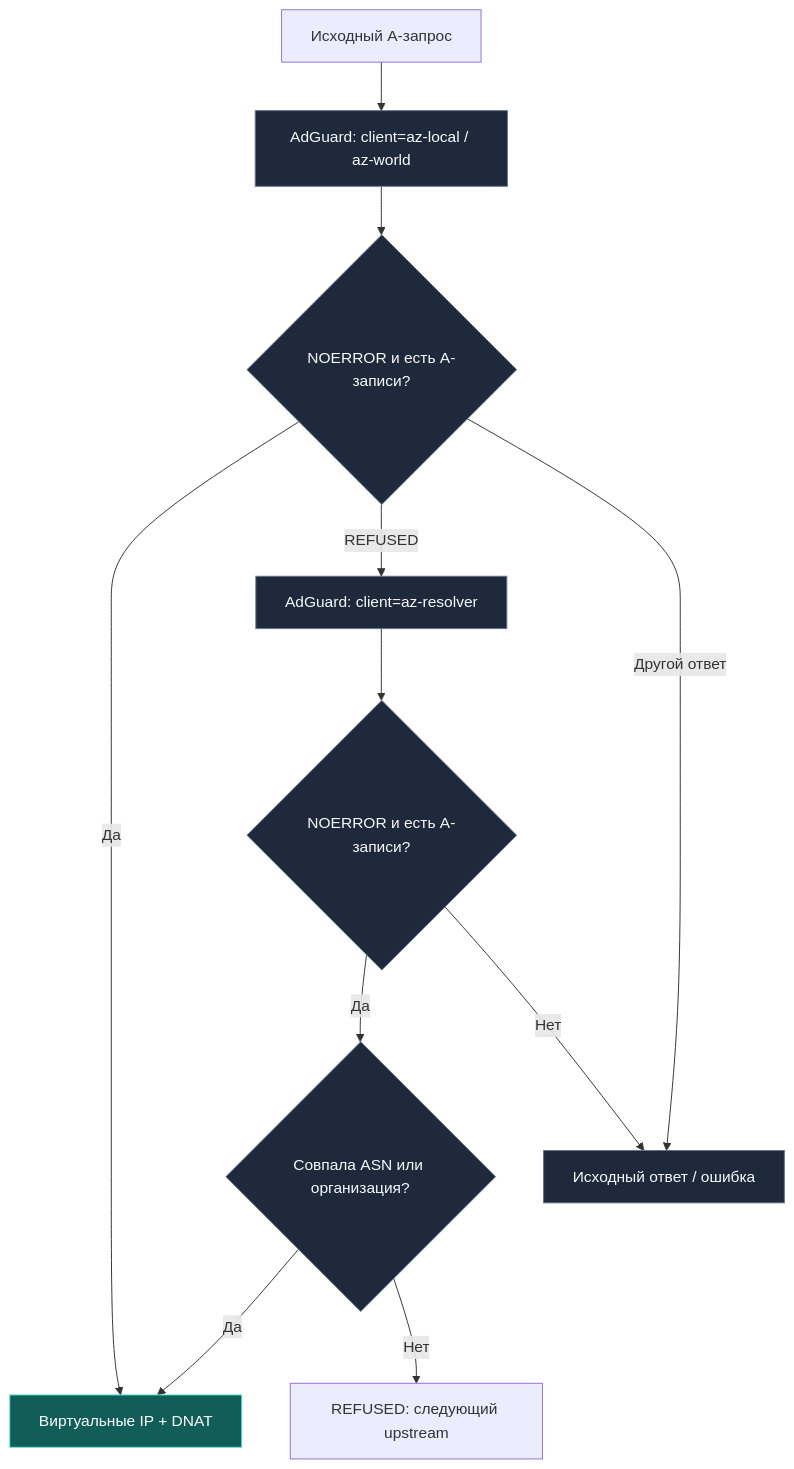
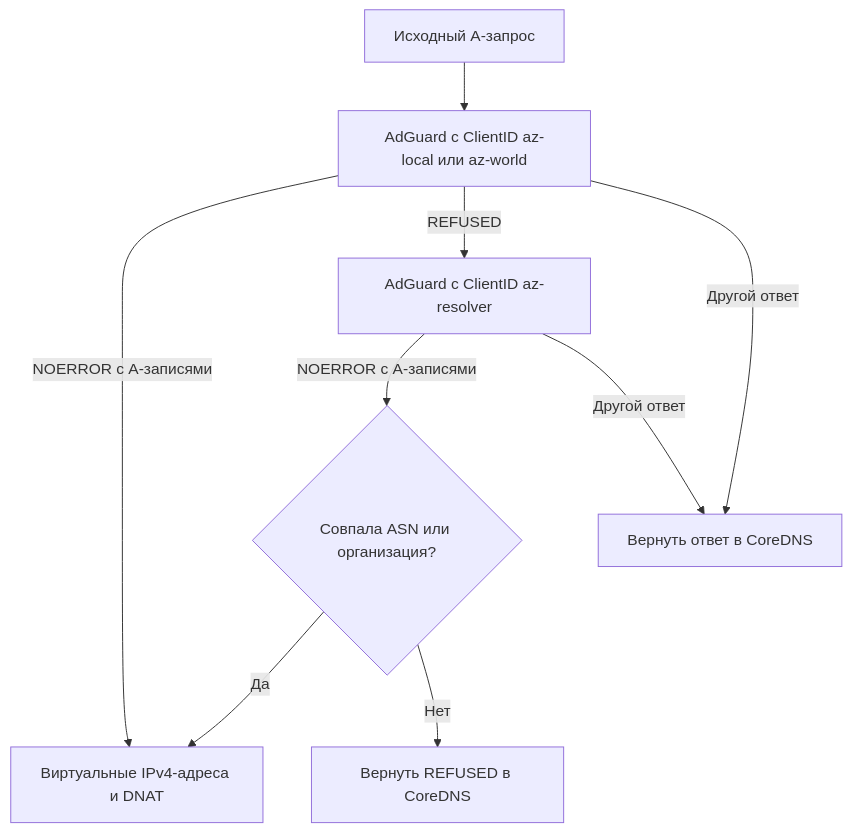
Before and after one commit to xtrime-ru/antizapret-vpn-docker: the third of 3 diagrams in README_RU.md, drawn with Mermaid. The commit also changed other lines of this file and 1 other file, not shown here.

````diff
--- a/README_RU.md
+++ b/README_RU.md
@@ -840,18 +826,11 @@
 ```mermaid
 flowchart TB
-    q["Исходный A-запрос"] --> first["AdGuard: client=az-local / az-world"]
-    first --> has{"NOERROR и есть A-записи?"}
-    has -->|Да| mapped["Виртуальные IP + DNAT"]
-    has -->|REFUSED| direct["AdGuard: client=az-resolver"]
-    has -->|Другой ответ| err["Исходный ответ / ошибка"]
-    direct --> res{"NOERROR и есть A-записи?"}
-    res -->|Да| asn{"Совпала ASN или организация?"}
-    res -->|Нет| err
-    asn -->|Да| mapped
-    asn -->|Нет| fail["REFUSED: следующий upstream"]
-    classDef service fill:#1e293b,stroke:#64748b,color:#f8fafc
-    classDef exit fill:#312e81,stroke:#a5b4fc,color:#ffffff
-    classDef mapped fill:#115e59,stroke:#5eead4,color:#ffffff
-    class first,direct,err,has,res,asn service
-    class mapped mapped
+    query["Исходный A-запрос"] --> exit_query["AdGuard с ClientID az-local или az-world"]
+    exit_query -->|NOERROR с A-записями| mapped["Виртуальные IPv4-адреса и DNAT"]
+    exit_query -->|REFUSED| resolver["AdGuard с ClientID az-resolver"]
+    exit_query -->|Другой ответ| original["Вернуть ответ в CoreDNS"]
+    resolver -->|NOERROR с A-записями| asn_match{"Совпала ASN или организация?"}
+    resolver -->|Другой ответ| original
+    asn_match -->|Да| mapped
+    asn_match -->|Нет| refused["Вернуть REFUSED в CoreDNS"]
 ```
````
